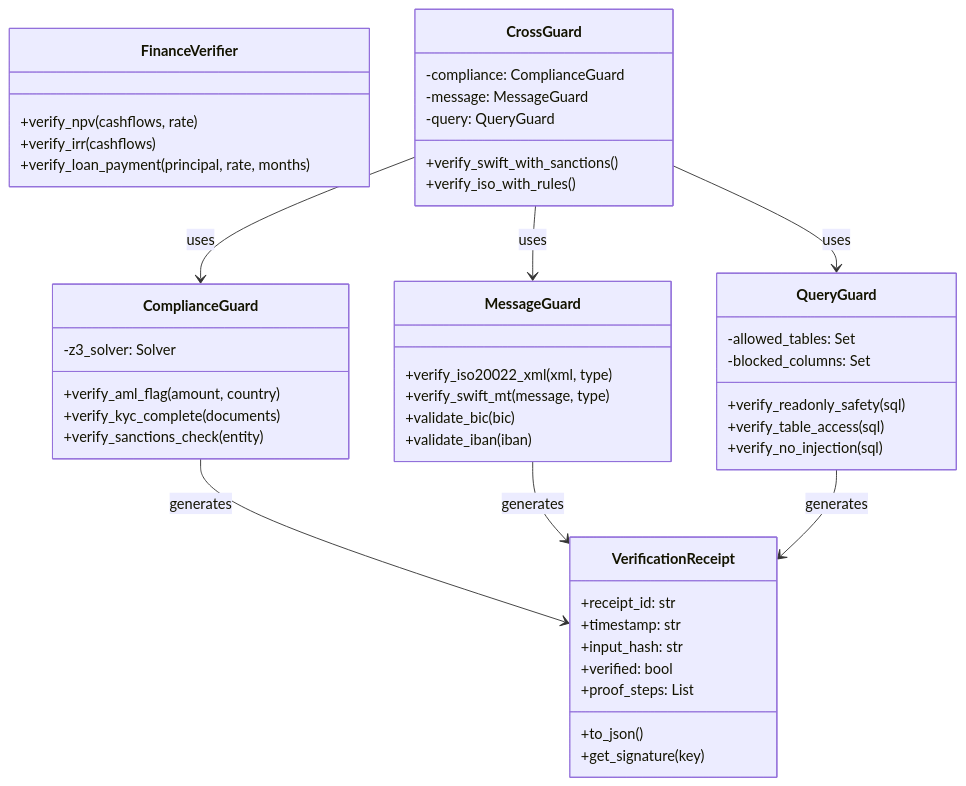
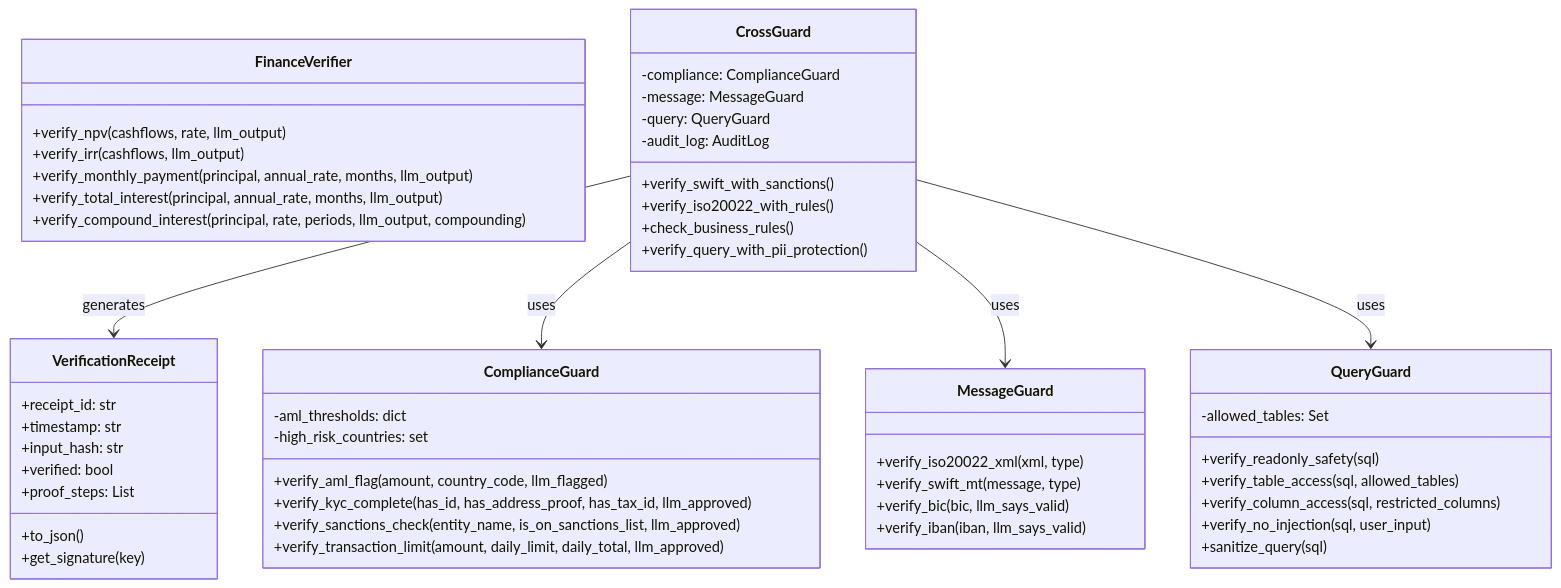
One commit to QWED-AI/docs changed the seventh of 8 diagrams in finance/design.mdx. Above: the diagram before and after it, drawn with Mermaid. The commit also changed other lines of this file and 6 other files, not shown here.

````diff
--- a/finance/design.mdx
+++ b/finance/design.mdx
@@ -195,55 +202,61 @@
 ```mermaid
 classDiagram
     class FinanceVerifier {
-        +verify_npv(cashflows, rate)
-        +verify_irr(cashflows)
-        +verify_loan_payment(principal, rate, months)
+        +verify_npv(cashflows, rate, llm_output)
+        +verify_irr(cashflows, llm_output)
+        +verify_monthly_payment(principal, annual_rate, months, llm_output)
+        +verify_total_interest(principal, annual_rate, months, llm_output)
+        +verify_compound_interest(principal, rate, periods, llm_output, compounding)
     }
     
     class ComplianceGuard {
-        -z3_solver: Solver
-        +verify_aml_flag(amount, country)
-        +verify_kyc_complete(documents)
-        +verify_sanctions_check(entity)
+        -aml_thresholds: dict
+        -high_risk_countries: set
+        +verify_aml_flag(amount, country_code, llm_flagged)
+        +verify_kyc_complete(has_id, has_address_proof, has_tax_id, llm_approved)
+        +verify_sanctions_check(entity_name, is_on_sanctions_list, llm_approved)
+        +verify_transaction_limit(amount, daily_limit, daily_total, llm_approved)
     }
     
     class MessageGuard {
         +verify_iso20022_xml(xml, type)
         +verify_swift_mt(message, type)
-        +validate_bic(bic)
-        +validate_iban(iban)
+        +verify_bic(bic, llm_says_valid)
+        +verify_iban(iban, llm_says_valid)
     }
     
     class QueryGuard {
         -allowed_tables: Set
-        -blocked_columns: Set
         +verify_readonly_safety(sql)
-        +verify_table_access(sql)
-        +verify_no_injection(sql)
+        +verify_table_access(sql, allowed_tables)
+        +verify_column_access(sql, restricted_columns)
+        +verify_no_injection(sql, user_input)
+        +sanitize_query(sql)
     }
     
     class VerificationReceipt {
         +receipt_id: str
         +timestamp: str
         +input_hash: str
         +verified: bool
         +proof_steps: List
         +to_json()
         +get_signature(key)
     }
     
     class CrossGuard {
         -compliance: ComplianceGuard
         -message: MessageGuard
         -query: QueryGuard
+        -audit_log: AuditLog
         +verify_swift_with_sanctions()
-        +verify_iso_with_rules()
+        +verify_iso20022_with_rules()
+        +check_business_rules()
+        +verify_query_with_pii_protection()
     }
-    
-    ComplianceGuard --> VerificationReceipt : generates
-    MessageGuard --> VerificationReceipt : generates
-    QueryGuard --> VerificationReceipt : generates
+
+    CrossGuard --> VerificationReceipt : generates
     CrossGuard --> ComplianceGuard : uses
     CrossGuard --> MessageGuard : uses
     CrossGuard --> QueryGuard : uses
 ```
````
